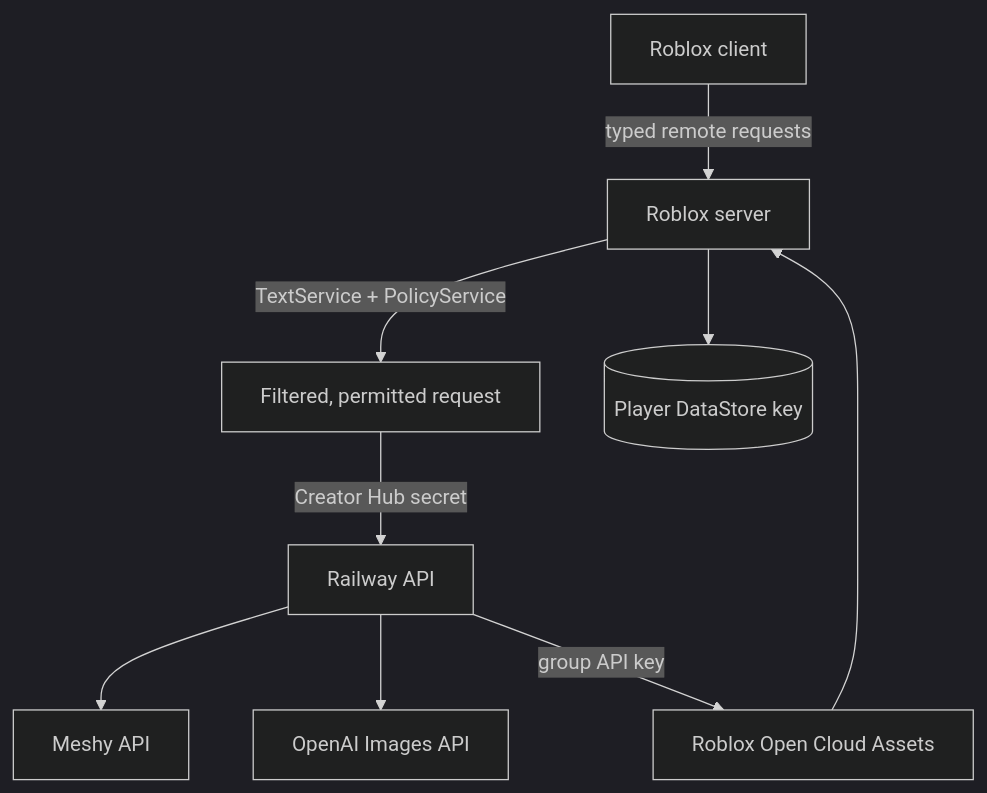
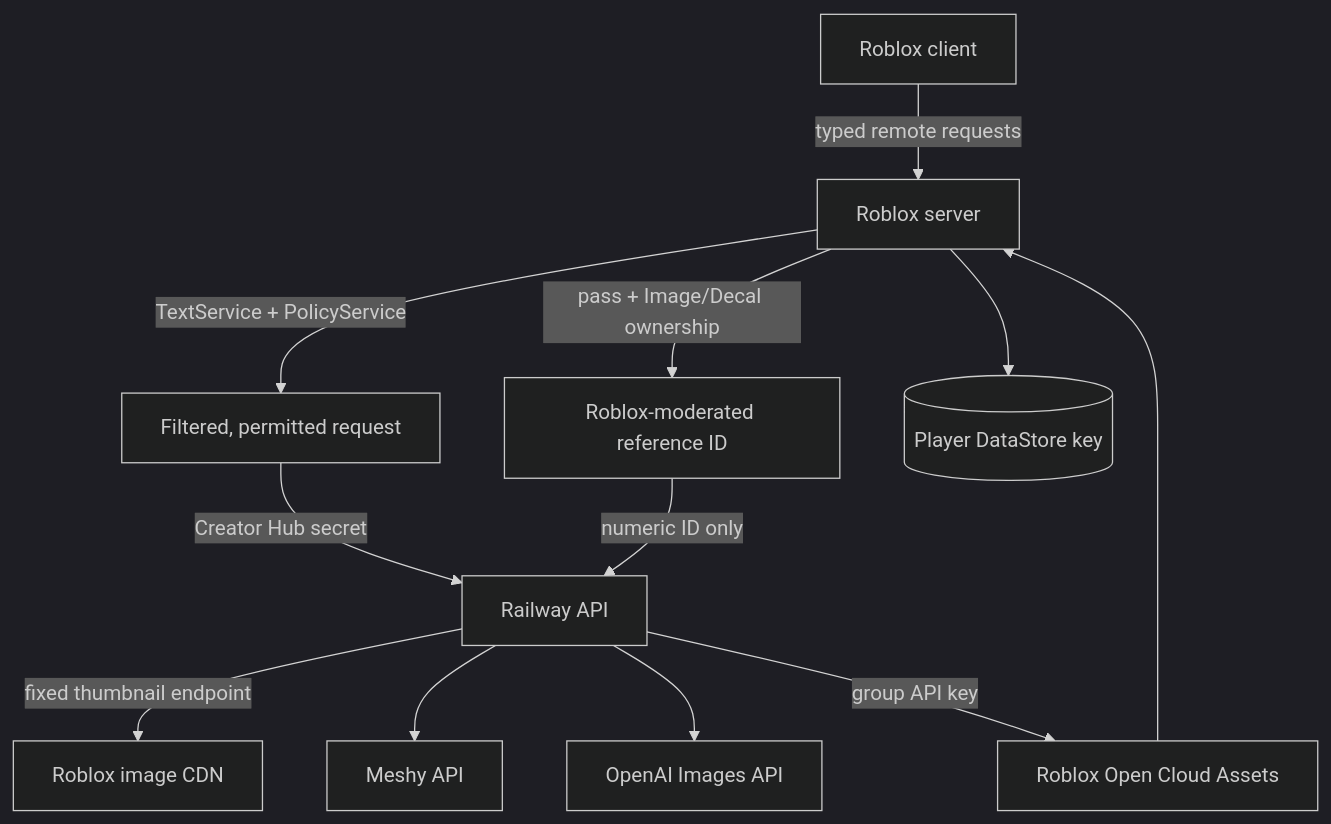
One commit to tinkertoys3dee-wq/MeshyAIRoblox changed the first of 2 diagrams in docs/ARCHITECTURE.md. Above: the diagram before and after it, drawn with Mermaid (dark theme). The commit also changed other lines of this file and 27 other files, not shown here.

Commit message:
Add moderated custom image references and art controls

````diff
--- a/docs/ARCHITECTURE.md
+++ b/docs/ARCHITECTURE.md
@@ -5,11 +5,14 @@
 ```mermaid
 flowchart TD
     C[Roblox client] -->|typed remote requests| S[Roblox server]
     S -->|TextService + PolicyService| F[Filtered, permitted request]
+    S -->|pass + Image/Decal ownership| I[Roblox-moderated reference ID]
     F -->|Creator Hub secret| R[Railway API]
+    I -->|numeric ID only| R
+    R -->|fixed thumbnail endpoint| T[Roblox image CDN]
     R --> M[Meshy API]
     R --> O[OpenAI Images API]
     R -->|group API key| A[Roblox Open Cloud Assets]
     A --> S
     S --> D[(Player DataStore key)]
 ```
````
